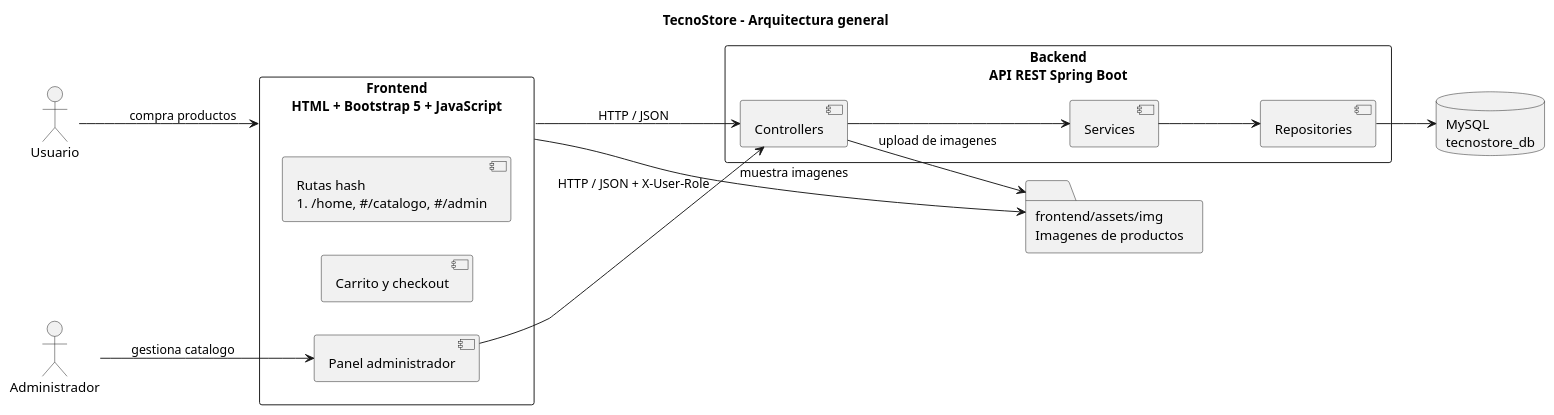
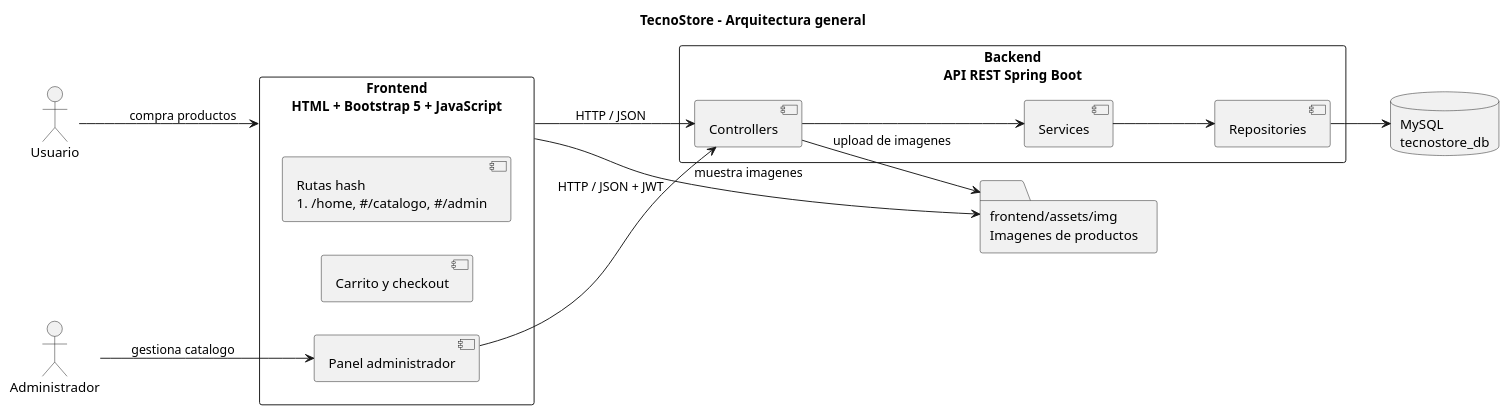
The diagram in documentacion/plantuml/arquitectura-general.puml (ilustroc/Store-Girl), drawn with PlantUML before and after one commit. The commit also changed 110 other files, not shown here.

```diff
--- a/documentacion/plantuml/arquitectura-general.puml
+++ b/documentacion/plantuml/arquitectura-general.puml
@@ -1,32 +1,32 @@
 @startuml
 title TecnoStore - Arquitectura general
 left to right direction
 
 actor Usuario
 actor Administrador
 
 rectangle "Frontend\nHTML + Bootstrap 5 + JavaScript" as Frontend {
   component "Rutas hash\n#/home, #/catalogo, #/admin" as Routes
   component "Carrito y checkout" as Cart
   component "Panel administrador" as AdminUI
 }
 
 rectangle "Backend\nAPI REST Spring Boot" as Backend {
   component "Controllers" as Controllers
   component "Services" as Services
   component "Repositories" as Repositories
 }
 
 database "MySQL\ntecnostore_db" as MySQL
 folder "frontend/assets/img\nImagenes de productos" as Assets
 
 Usuario --> Frontend : compra productos
 Administrador --> AdminUI : gestiona catalogo
 Frontend --> Controllers : HTTP / JSON
-AdminUI --> Controllers : HTTP / JSON + X-User-Role
+AdminUI --> Controllers : HTTP / JSON + JWT
 Controllers --> Services
 Services --> Repositories
 Repositories --> MySQL
 Controllers --> Assets : upload de imagenes
 Frontend --> Assets : muestra imagenes
 @enduml
```
